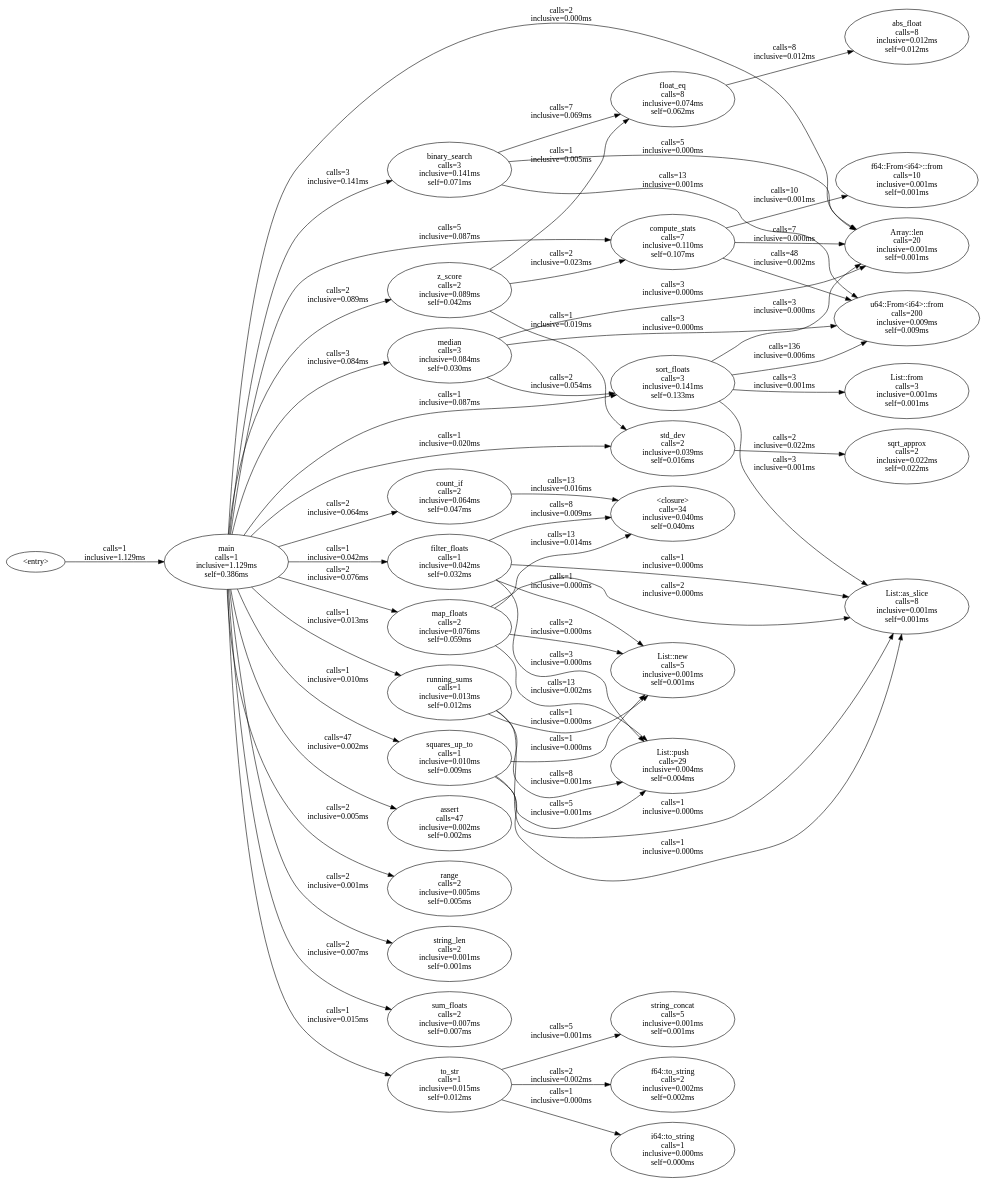
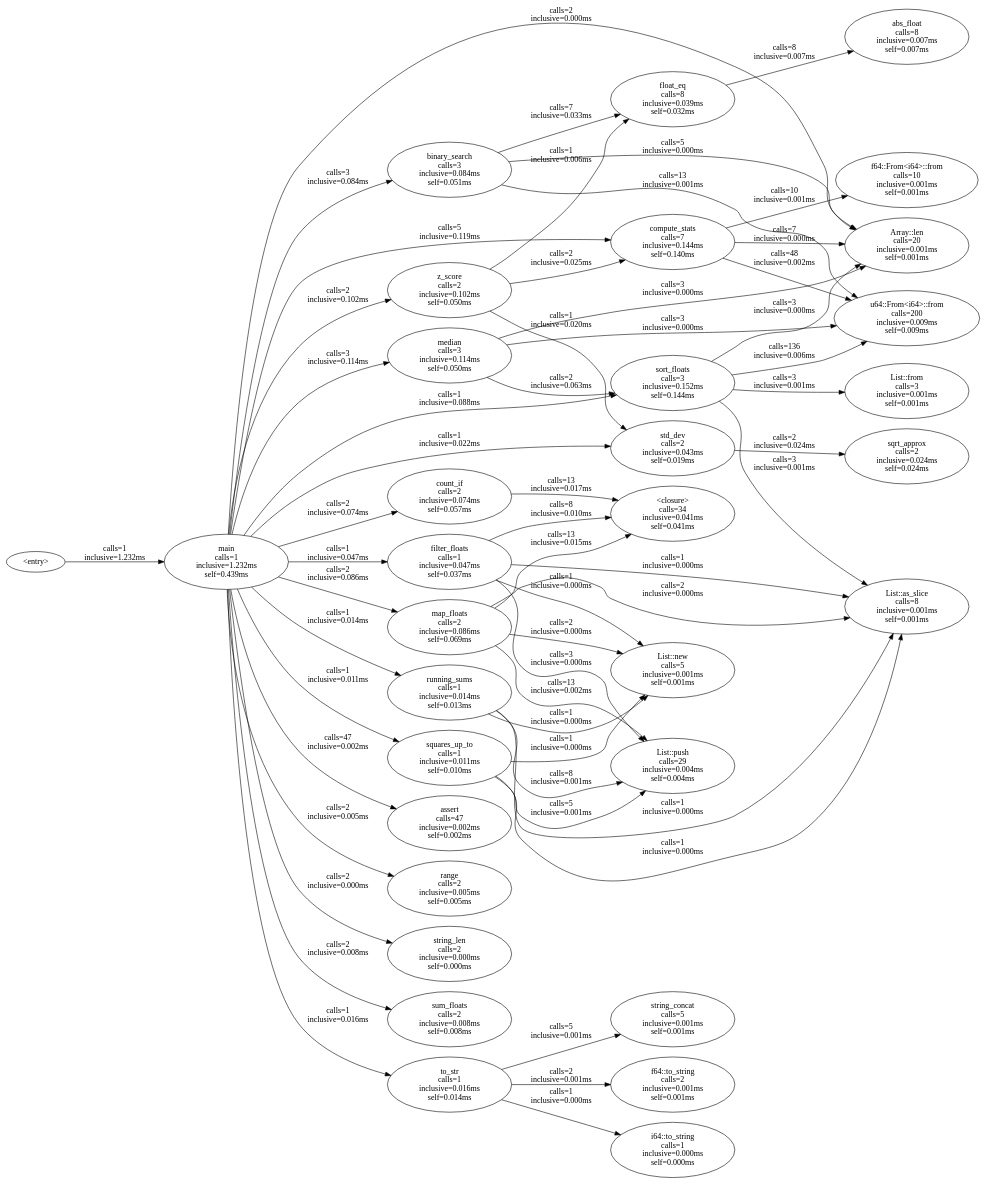
Before and after one commit to gust-lang/gust: the diagram in metel-interpreter/docs/benchmarks/v0.8.2-evaluator-integration/int_01_statistics.mtl.callgraph.dot, drawn with Graphviz. The commit also changed 30 other files, not shown here.

```diff
--- a/metel-interpreter/docs/benchmarks/v0.8.2-evaluator-integration/int_01_statistics.mtl.callgraph.dot
+++ b/metel-interpreter/docs/benchmarks/v0.8.2-evaluator-integration/int_01_statistics.mtl.callgraph.dot
@@ -1,88 +1,88 @@
 digraph metel_callgraph {
   rankdir=LR;
-  "<closure>" [label="<closure>\ncalls=34\ninclusive=0.040ms\nself=0.040ms"];
+  "<closure>" [label="<closure>\ncalls=34\ninclusive=0.041ms\nself=0.041ms"];
   "Array::len" [label="Array::len\ncalls=20\ninclusive=0.001ms\nself=0.001ms"];
   "List::as_slice" [label="List::as_slice\ncalls=8\ninclusive=0.001ms\nself=0.001ms"];
   "List::from" [label="List::from\ncalls=3\ninclusive=0.001ms\nself=0.001ms"];
   "List::new" [label="List::new\ncalls=5\ninclusive=0.001ms\nself=0.001ms"];
   "List::push" [label="List::push\ncalls=29\ninclusive=0.004ms\nself=0.004ms"];
-  "abs_float" [label="abs_float\ncalls=8\ninclusive=0.012ms\nself=0.012ms"];
+  "abs_float" [label="abs_float\ncalls=8\ninclusive=0.007ms\nself=0.007ms"];
   "assert" [label="assert\ncalls=47\ninclusive=0.002ms\nself=0.002ms"];
-  "binary_search" [label="binary_search\ncalls=3\ninclusive=0.141ms\nself=0.071ms"];
-  "compute_stats" [label="compute_stats\ncalls=7\ninclusive=0.110ms\nself=0.107ms"];
-  "count_if" [label="count_if\ncalls=2\ninclusive=0.064ms\nself=0.047ms"];
+  "binary_search" [label="binary_search\ncalls=3\ninclusive=0.084ms\nself=0.051ms"];
+  "compute_stats" [label="compute_stats\ncalls=7\ninclusive=0.144ms\nself=0.140ms"];
+  "count_if" [label="count_if\ncalls=2\ninclusive=0.074ms\nself=0.057ms"];
   "f64::From<i64>::from" [label="f64::From<i64>::from\ncalls=10\ninclusive=0.001ms\nself=0.001ms"];
-  "f64::to_string" [label="f64::to_string\ncalls=2\ninclusive=0.002ms\nself=0.002ms"];
-  "filter_floats" [label="filter_floats\ncalls=1\ninclusive=0.042ms\nself=0.032ms"];
-  "float_eq" [label="float_eq\ncalls=8\ninclusive=0.074ms\nself=0.062ms"];
+  "f64::to_string" [label="f64::to_string\ncalls=2\ninclusive=0.001ms\nself=0.001ms"];
+  "filter_floats" [label="filter_floats\ncalls=1\ninclusive=0.047ms\nself=0.037ms"];
+  "float_eq" [label="float_eq\ncalls=8\ninclusive=0.039ms\nself=0.032ms"];
   "i64::to_string" [label="i64::to_string\ncalls=1\ninclusive=0.000ms\nself=0.000ms"];
-  "main" [label="main\ncalls=1\ninclusive=1.129ms\nself=0.386ms"];
-  "map_floats" [label="map_floats\ncalls=2\ninclusive=0.076ms\nself=0.059ms"];
-  "median" [label="median\ncalls=3\ninclusive=0.084ms\nself=0.030ms"];
+  "main" [label="main\ncalls=1\ninclusive=1.232ms\nself=0.439ms"];
+  "map_floats" [label="map_floats\ncalls=2\ninclusive=0.086ms\nself=0.069ms"];
+  "median" [label="median\ncalls=3\ninclusive=0.114ms\nself=0.050ms"];
   "range" [label="range\ncalls=2\ninclusive=0.005ms\nself=0.005ms"];
-  "running_sums" [label="running_sums\ncalls=1\ninclusive=0.013ms\nself=0.012ms"];
-  "sort_floats" [label="sort_floats\ncalls=3\ninclusive=0.141ms\nself=0.133ms"];
-  "sqrt_approx" [label="sqrt_approx\ncalls=2\ninclusive=0.022ms\nself=0.022ms"];
-  "squares_up_to" [label="squares_up_to\ncalls=1\ninclusive=0.010ms\nself=0.009ms"];
-  "std_dev" [label="std_dev\ncalls=2\ninclusive=0.039ms\nself=0.016ms"];
+  "running_sums" [label="running_sums\ncalls=1\ninclusive=0.014ms\nself=0.013ms"];
+  "sort_floats" [label="sort_floats\ncalls=3\ninclusive=0.152ms\nself=0.144ms"];
+  "sqrt_approx" [label="sqrt_approx\ncalls=2\ninclusive=0.024ms\nself=0.024ms"];
+  "squares_up_to" [label="squares_up_to\ncalls=1\ninclusive=0.011ms\nself=0.010ms"];
+  "std_dev" [label="std_dev\ncalls=2\ninclusive=0.043ms\nself=0.019ms"];
   "string_concat" [label="string_concat\ncalls=5\ninclusive=0.001ms\nself=0.001ms"];
-  "string_len" [label="string_len\ncalls=2\ninclusive=0.001ms\nself=0.001ms"];
-  "sum_floats" [label="sum_floats\ncalls=2\ninclusive=0.007ms\nself=0.007ms"];
-  "to_str" [label="to_str\ncalls=1\ninclusive=0.015ms\nself=0.012ms"];
+  "string_len" [label="string_len\ncalls=2\ninclusive=0.000ms\nself=0.000ms"];
+  "sum_floats" [label="sum_floats\ncalls=2\ninclusive=0.008ms\nself=0.008ms"];
+  "to_str" [label="to_str\ncalls=1\ninclusive=0.016ms\nself=0.014ms"];
   "u64::From<i64>::from" [label="u64::From<i64>::from\ncalls=200\ninclusive=0.009ms\nself=0.009ms"];
-  "z_score" [label="z_score\ncalls=2\ninclusive=0.089ms\nself=0.042ms"];
-  "<entry>" -> "main" [label="calls=1\ninclusive=1.129ms"];
+  "z_score" [label="z_score\ncalls=2\ninclusive=0.102ms\nself=0.050ms"];
+  "<entry>" -> "main" [label="calls=1\ninclusive=1.232ms"];
   "binary_search" -> "Array::len" [label="calls=5\ninclusive=0.000ms"];
-  "binary_search" -> "float_eq" [label="calls=7\ninclusive=0.069ms"];
+  "binary_search" -> "float_eq" [label="calls=7\ninclusive=0.033ms"];
   "binary_search" -> "u64::From<i64>::from" [label="calls=13\ninclusive=0.001ms"];
   "compute_stats" -> "Array::len" [label="calls=7\ninclusive=0.000ms"];
   "compute_stats" -> "f64::From<i64>::from" [label="calls=10\ninclusive=0.001ms"];
   "compute_stats" -> "u64::From<i64>::from" [label="calls=48\ninclusive=0.002ms"];
-  "count_if" -> "<closure>" [label="calls=13\ninclusive=0.016ms"];
-  "filter_floats" -> "<closure>" [label="calls=8\ninclusive=0.009ms"];
+  "count_if" -> "<closure>" [label="calls=13\ninclusive=0.017ms"];
+  "filter_floats" -> "<closure>" [label="calls=8\ninclusive=0.010ms"];
   "filter_floats" -> "List::as_slice" [label="calls=1\ninclusive=0.000ms"];
   "filter_floats" -> "List::new" [label="calls=1\ninclusive=0.000ms"];
   "filter_floats" -> "List::push" [label="calls=3\ninclusive=0.000ms"];
-  "float_eq" -> "abs_float" [label="calls=8\ninclusive=0.012ms"];
+  "float_eq" -> "abs_float" [label="calls=8\ninclusive=0.007ms"];
   "main" -> "Array::len" [label="calls=2\ninclusive=0.000ms"];
   "main" -> "assert" [label="calls=47\ninclusive=0.002ms"];
-  "main" -> "binary_search" [label="calls=3\ninclusive=0.141ms"];
-  "main" -> "compute_stats" [label="calls=5\ninclusive=0.087ms"];
-  "main" -> "count_if" [label="calls=2\ninclusive=0.064ms"];
-  "main" -> "filter_floats" [label="calls=1\ninclusive=0.042ms"];
-  "main" -> "map_floats" [label="calls=2\ninclusive=0.076ms"];
-  "main" -> "median" [label="calls=3\ninclusive=0.084ms"];
+  "main" -> "binary_search" [label="calls=3\ninclusive=0.084ms"];
+  "main" -> "compute_stats" [label="calls=5\ninclusive=0.119ms"];
+  "main" -> "count_if" [label="calls=2\ninclusive=0.074ms"];
+  "main" -> "filter_floats" [label="calls=1\ninclusive=0.047ms"];
+  "main" -> "map_floats" [label="calls=2\ninclusive=0.086ms"];
+  "main" -> "median" [label="calls=3\ninclusive=0.114ms"];
   "main" -> "range" [label="calls=2\ninclusive=0.005ms"];
-  "main" -> "running_sums" [label="calls=1\ninclusive=0.013ms"];
-  "main" -> "sort_floats" [label="calls=1\ninclusive=0.087ms"];
-  "main" -> "squares_up_to" [label="calls=1\ninclusive=0.010ms"];
-  "main" -> "std_dev" [label="calls=1\ninclusive=0.020ms"];
-  "main" -> "string_len" [label="calls=2\ninclusive=0.001ms"];
-  "main" -> "sum_floats" [label="calls=2\ninclusive=0.007ms"];
-  "main" -> "to_str" [label="calls=1\ninclusive=0.015ms"];
-  "main" -> "z_score" [label="calls=2\ninclusive=0.089ms"];
-  "map_floats" -> "<closure>" [label="calls=13\ninclusive=0.014ms"];
+  "main" -> "running_sums" [label="calls=1\ninclusive=0.014ms"];
+  "main" -> "sort_floats" [label="calls=1\ninclusive=0.088ms"];
+  "main" -> "squares_up_to" [label="calls=1\ninclusive=0.011ms"];
+  "main" -> "std_dev" [label="calls=1\ninclusive=0.022ms"];
+  "main" -> "string_len" [label="calls=2\ninclusive=0.000ms"];
+  "main" -> "sum_floats" [label="calls=2\ninclusive=0.008ms"];
+  "main" -> "to_str" [label="calls=1\ninclusive=0.016ms"];
+  "main" -> "z_score" [label="calls=2\ninclusive=0.102ms"];
+  "map_floats" -> "<closure>" [label="calls=13\ninclusive=0.015ms"];
   "map_floats" -> "List::as_slice" [label="calls=2\ninclusive=0.000ms"];
   "map_floats" -> "List::new" [label="calls=2\ninclusive=0.000ms"];
   "map_floats" -> "List::push" [label="calls=13\ninclusive=0.002ms"];
   "median" -> "Array::len" [label="calls=3\ninclusive=0.000ms"];
-  "median" -> "sort_floats" [label="calls=2\ninclusive=0.054ms"];
+  "median" -> "sort_floats" [label="calls=2\ninclusive=0.063ms"];
   "median" -> "u64::From<i64>::from" [label="calls=3\ninclusive=0.000ms"];
   "running_sums" -> "List::as_slice" [label="calls=1\ninclusive=0.000ms"];
   "running_sums" -> "List::new" [label="calls=1\ninclusive=0.000ms"];
   "running_sums" -> "List::push" [label="calls=8\ninclusive=0.001ms"];
   "sort_floats" -> "Array::len" [label="calls=3\ninclusive=0.000ms"];
   "sort_floats" -> "List::as_slice" [label="calls=3\ninclusive=0.001ms"];
   "sort_floats" -> "List::from" [label="calls=3\ninclusive=0.001ms"];
   "sort_floats" -> "u64::From<i64>::from" [label="calls=136\ninclusive=0.006ms"];
   "squares_up_to" -> "List::as_slice" [label="calls=1\ninclusive=0.000ms"];
   "squares_up_to" -> "List::new" [label="calls=1\ninclusive=0.000ms"];
   "squares_up_to" -> "List::push" [label="calls=5\ninclusive=0.001ms"];
-  "std_dev" -> "sqrt_approx" [label="calls=2\ninclusive=0.022ms"];
-  "to_str" -> "f64::to_string" [label="calls=2\ninclusive=0.002ms"];
+  "std_dev" -> "sqrt_approx" [label="calls=2\ninclusive=0.024ms"];
+  "to_str" -> "f64::to_string" [label="calls=2\ninclusive=0.001ms"];
   "to_str" -> "i64::to_string" [label="calls=1\ninclusive=0.000ms"];
   "to_str" -> "string_concat" [label="calls=5\ninclusive=0.001ms"];
-  "z_score" -> "compute_stats" [label="calls=2\ninclusive=0.023ms"];
-  "z_score" -> "float_eq" [label="calls=1\ninclusive=0.005ms"];
-  "z_score" -> "std_dev" [label="calls=1\ninclusive=0.019ms"];
+  "z_score" -> "compute_stats" [label="calls=2\ninclusive=0.025ms"];
+  "z_score" -> "float_eq" [label="calls=1\ninclusive=0.006ms"];
+  "z_score" -> "std_dev" [label="calls=1\ninclusive=0.020ms"];
 }
```
